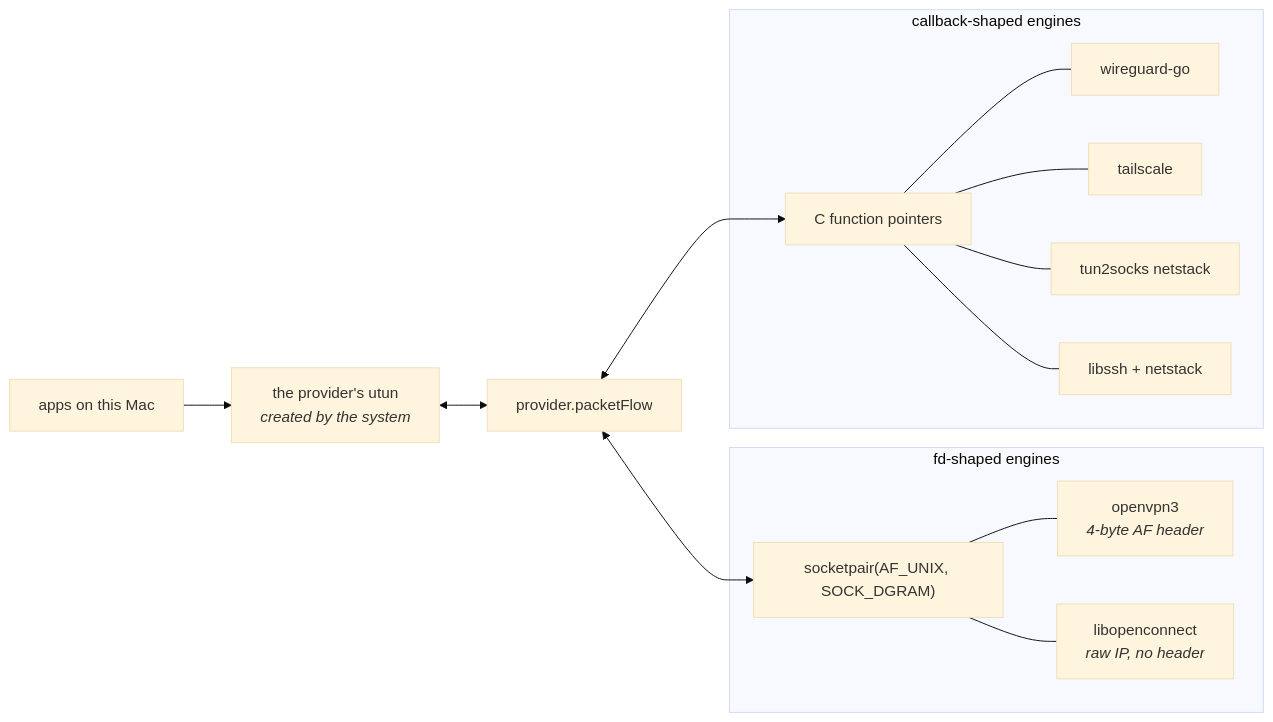
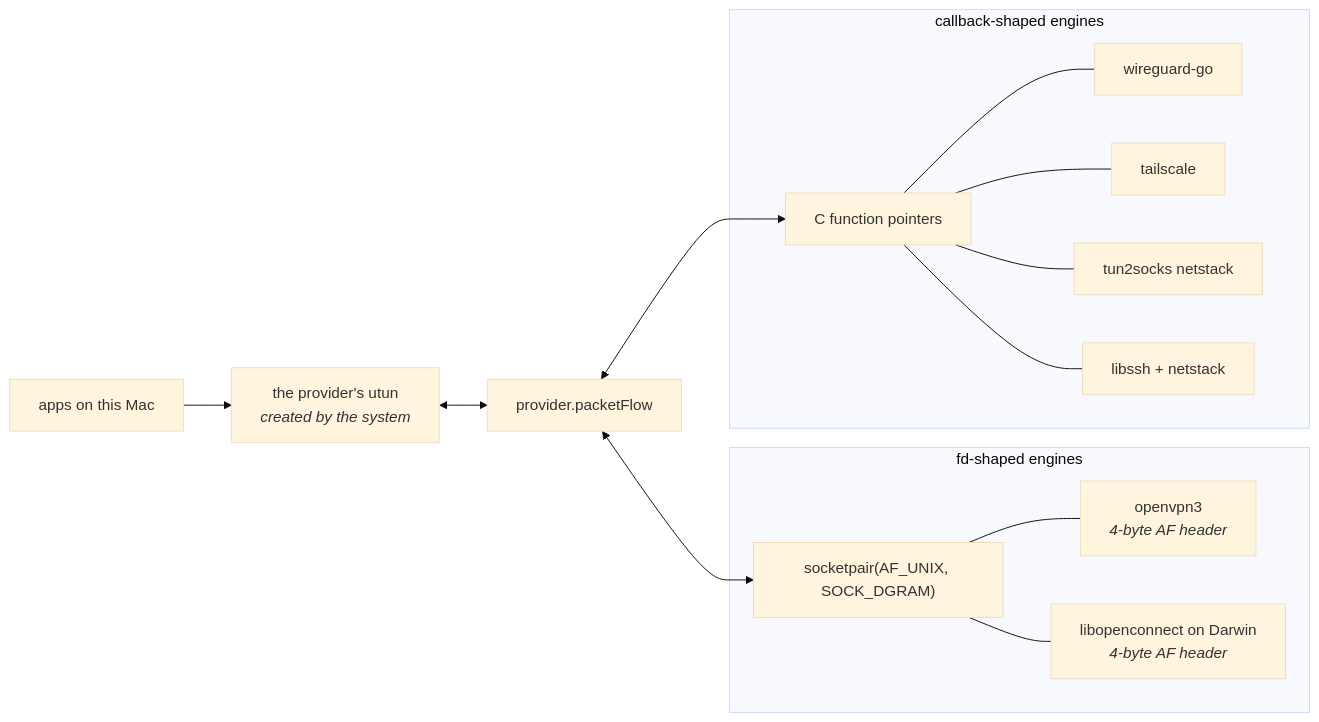
One commit to bitwisecook/SimpleVPN changed the second of 5 diagrams in Docs/Networking.md. Above: the diagram before and after it, drawn with Mermaid (base theme). The commit also changed other lines of this file and 913 other files, not shown here.

````diff
--- a/Docs/Networking.md
+++ b/Docs/Networking.md
@@ -231,19 +231,19 @@
 ```mermaid
 flowchart LR
     APP["apps on this Mac"] --> UT["the provider's utun<br/><i>created by the system</i>"]
     UT <--> PF["provider.packetFlow"]
     subgraph FD["fd-shaped engines"]
         SP["socketpair(AF_UNIX, SOCK_DGRAM)"]
         SP --- OV["openvpn3<br/><i>4-byte AF header</i>"]
-        SP --- OC["libopenconnect<br/><i>raw IP, no header</i>"]
+        SP --- OC["libopenconnect on Darwin<br/><i>4-byte AF header</i>"]
     end
     subgraph GO["callback-shaped engines"]
         CB["C function pointers"]
         CB --- WG["wireguard-go"]
         CB --- TS["tailscale"]
         CB --- PX["tun2socks netstack"]
         CB --- SN["libssh + netstack"]
     end
     PF <--> SP
     PF <--> CB
 ```
````
